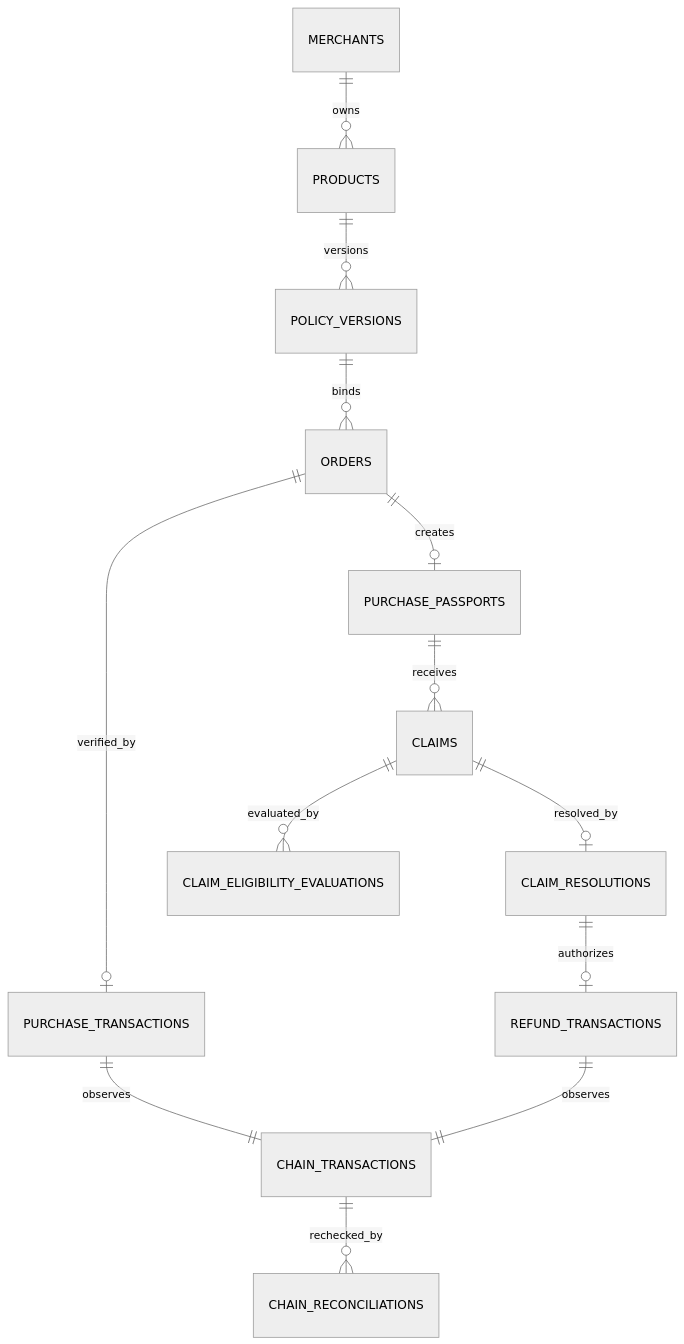
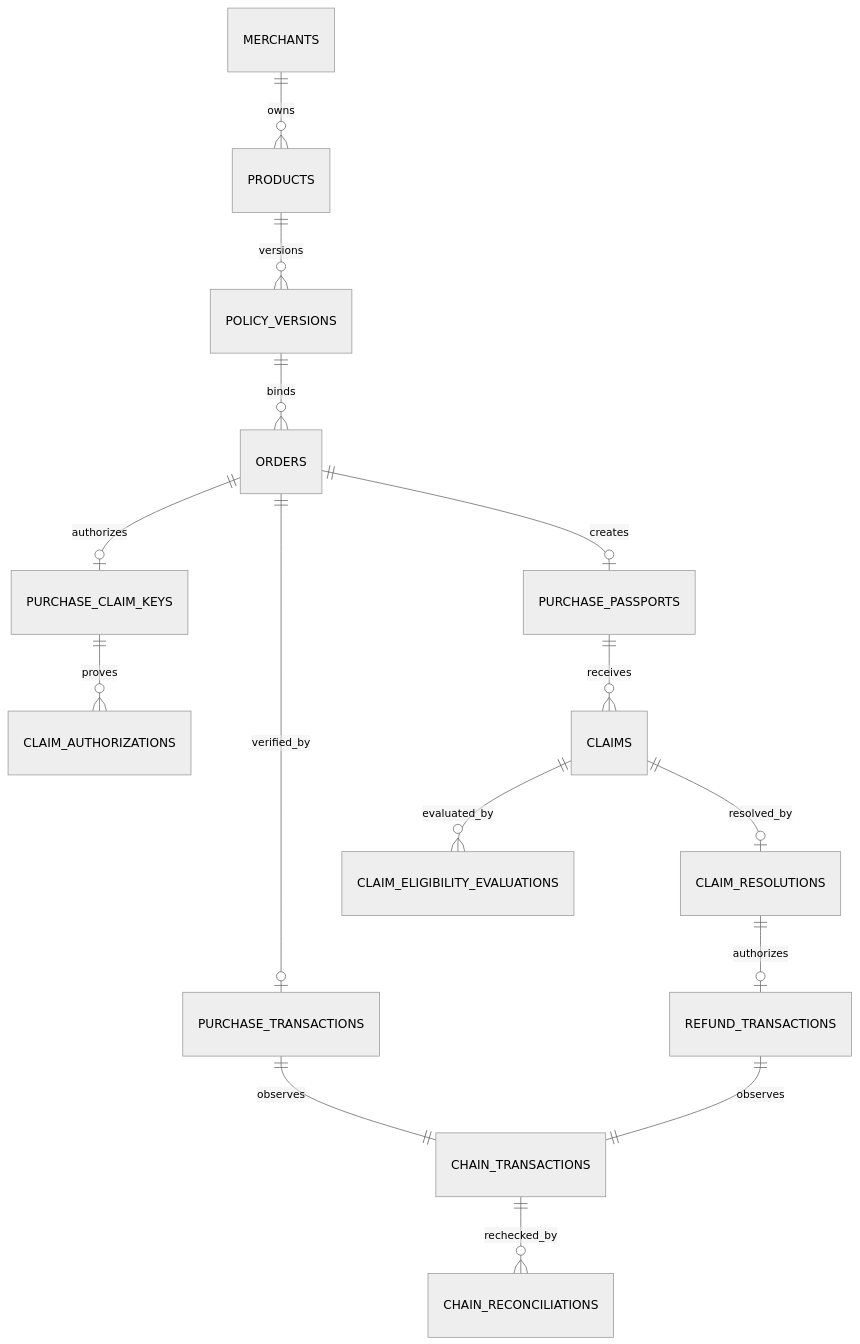
Before and after one commit to shreshth006/NimReturn: the diagram in DATA_MODEL.md, drawn with Mermaid (neutral theme). The commit also changed other lines of this file and 9 other files, not shown here.

````diff
--- a/DATA_MODEL.md
+++ b/DATA_MODEL.md
@@ -193,15 +204,17 @@
 ```mermaid
 erDiagram
     MERCHANTS ||--o{ PRODUCTS : owns
     PRODUCTS ||--o{ POLICY_VERSIONS : versions
     POLICY_VERSIONS ||--o{ ORDERS : binds
+    ORDERS ||--o| PURCHASE_CLAIM_KEYS : authorizes
     ORDERS ||--o| PURCHASE_TRANSACTIONS : verified_by
     PURCHASE_TRANSACTIONS ||--|| CHAIN_TRANSACTIONS : observes
     CHAIN_TRANSACTIONS ||--o{ CHAIN_RECONCILIATIONS : rechecked_by
     ORDERS ||--o| PURCHASE_PASSPORTS : creates
     PURCHASE_PASSPORTS ||--o{ CLAIMS : receives
+    PURCHASE_CLAIM_KEYS ||--o{ CLAIM_AUTHORIZATIONS : proves
     CLAIMS ||--o{ CLAIM_ELIGIBILITY_EVALUATIONS : evaluated_by
     CLAIMS ||--o| CLAIM_RESOLUTIONS : resolved_by
     CLAIM_RESOLUTIONS ||--o| REFUND_TRANSACTIONS : authorizes
     REFUND_TRANSACTIONS ||--|| CHAIN_TRANSACTIONS : observes
 ```
````
